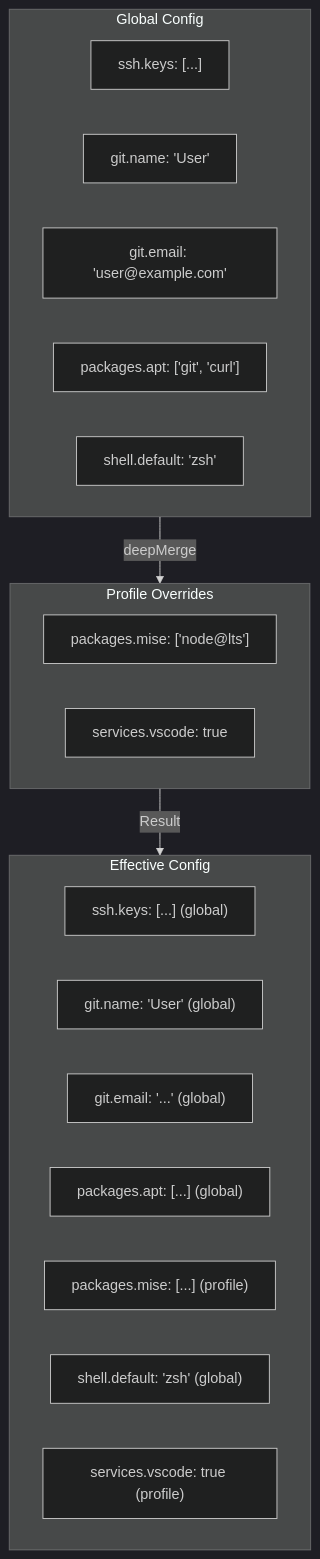
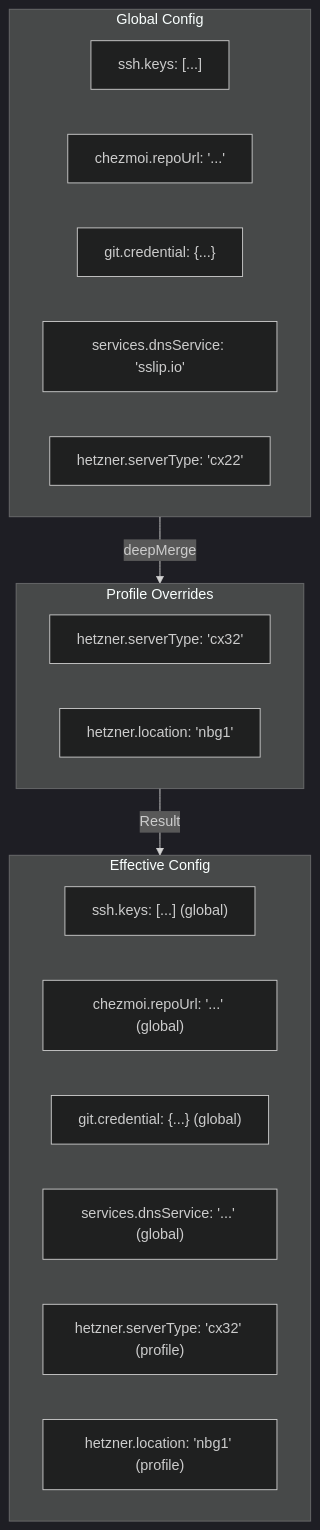
Before and after one commit to HenkVanMaanen/devbox: the third of 5 diagrams in docs/architecture.md, drawn with Mermaid (dark theme). The commit also changed other lines of this file and 25 other files, not shown here.

````diff
--- a/docs/architecture.md
+++ b/docs/architecture.md
@@ -84,29 +83,28 @@
 ```mermaid
 flowchart TD
     subgraph Global["Global Config"]
         G1["ssh.keys: [...]"]
-        G2["git.name: 'User'"]
-        G3["git.email: 'user@example.com'"]
-        G4["packages.apt: ['git', 'curl']"]
-        G5["shell.default: 'zsh'"]
+        G2["chezmoi.repoUrl: '...'"]
+        G3["git.credential: {...}"]
+        G4["services.dnsService: 'sslip.io'"]
+        G5["hetzner.serverType: 'cx22'"]
     end
 
     Global -->|"deepMerge"| Profile
 
     subgraph Profile["Profile Overrides"]
-        P1["packages.mise: ['node@lts']"]
-        P2["services.vscode: true"]
+        P1["hetzner.serverType: 'cx32'"]
+        P2["hetzner.location: 'nbg1'"]
     end
 
     Profile -->|"Result"| Effective
 
     subgraph Effective["Effective Config"]
         E1["ssh.keys: [...] (global)"]
-        E2["git.name: 'User' (global)"]
-        E3["git.email: '...' (global)"]
-        E4["packages.apt: [...] (global)"]
-        E5["packages.mise: [...] (profile)"]
-        E6["shell.default: 'zsh' (global)"]
-        E7["services.vscode: true (profile)"]
+        E2["chezmoi.repoUrl: '...' (global)"]
+        E3["git.credential: {...} (global)"]
+        E4["services.dnsService: '...' (global)"]
+        E5["hetzner.serverType: 'cx32' (profile)"]
+        E6["hetzner.location: 'nbg1' (profile)"]
     end
 ```
````
